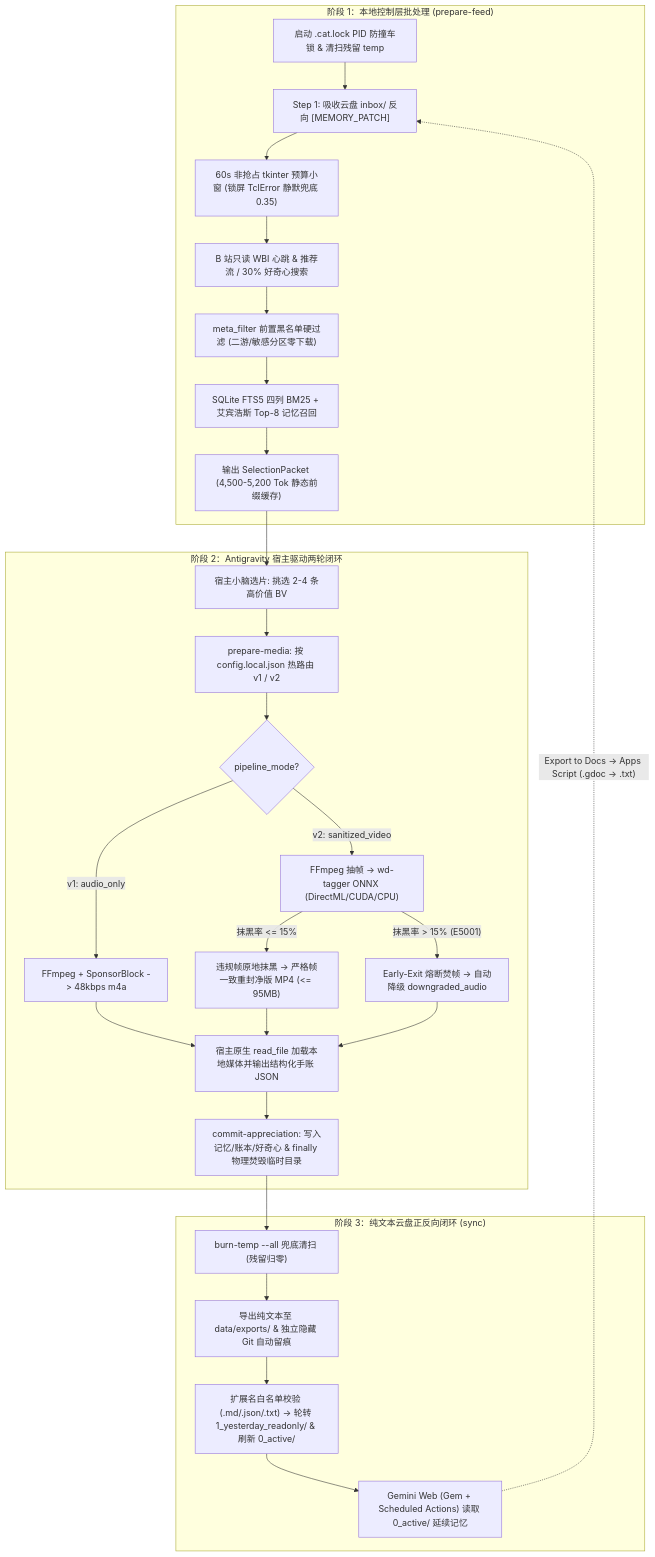
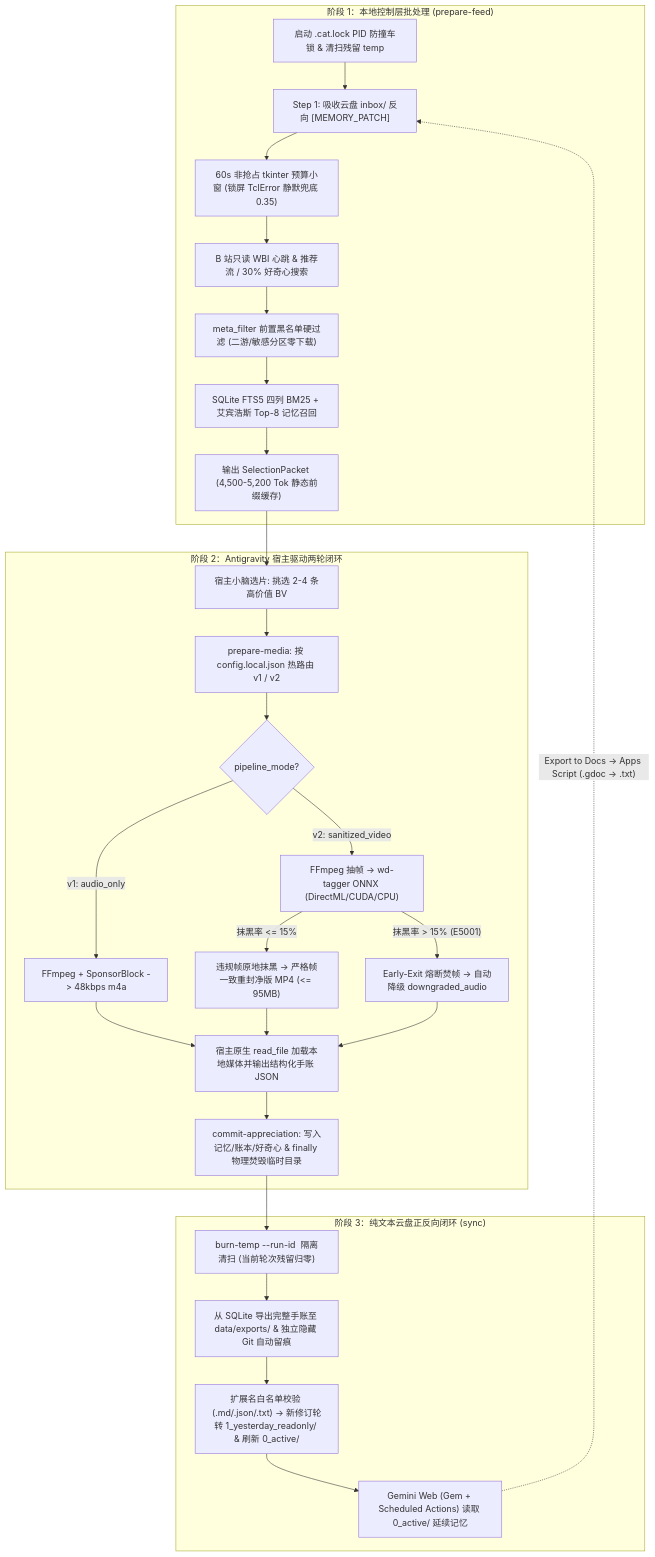
One commit to e-ter-nal/GeminiNest changed the diagram in README.md. Above: the diagram before and after it, drawn with Mermaid. The commit also changed other lines of this file and 16 other files, not shown here.

````diff
--- a/README.md
+++ b/README.md
@@ -72,33 +72,33 @@
 ```mermaid
 flowchart TD
     subgraph Step1["阶段 1：本地控制层批处理 (prepare-feed)"]
         A["启动 .cat.lock PID 防撞车锁 & 清扫残留 temp"] --> B["Step 1: 吸收云盘 inbox/ 反向 [MEMORY_PATCH]"]
         B --> C["60s 非抢占 tkinter 预算小窗 (锁屏 TclError 静默兜底 0.35)"]
         C --> D["B 站只读 WBI 心跳 & 推荐流 / 30% 好奇心搜索"]
         D --> E["meta_filter 前置黑名单硬过滤 (二游/敏感分区零下载)"]
         E --> F["SQLite FTS5 四列 BM25 + 艾宾浩斯 Top-8 记忆召回"]
         F --> G["输出 SelectionPacket (4,500-5,200 Tok 静态前缀缓存)"]
     end
 
     subgraph Step2["阶段 2：Antigravity 宿主驱动两轮闭环"]
         G --> H["宿主小脑选片: 挑选 2-4 条高价值 BV"]
         H --> I["prepare-media: 按 config.local.json 热路由 v1 / v2"]
         I --> J{"pipeline_mode?"}
         J -- "v1: audio_only" --> K["FFmpeg + SponsorBlock -> 48kbps m4a"]
         J -- "v2: sanitized_video" --> L["FFmpeg 抽帧 -> wd-tagger ONNX (DirectML/CUDA/CPU)"]
         L -- "抹黑率 <= 15%" --> M["违规帧原地抹黑 -> 严格帧一致重封净版 MP4 (<= 95MB)"]
         L -- "抹黑率 > 15% (E5001)" --> N["Early-Exit 熔断焚帧 -> 自动降级 downgraded_audio"]
         K --> O["宿主原生 read_file 加载本地媒体并输出结构化手账 JSON"]
         M --> O
         N --> O
         O --> P["commit-appreciation: 写入记忆/账本/好奇心 & finally 物理焚毁临时目录"]
     end
 
     subgraph Step3["阶段 3：纯文本云盘正反向闭环 (sync)"]
-        P --> Q["burn-temp --all 兜底清扫 (残留归零)"]
-        Q --> R["导出纯文本至 data/exports/ & 独立隐藏 Git 自动留痕"]
-        R --> S["扩展名白名单校验 (.md/.json/.txt) -> 轮转 1_yesterday_readonly/ & 刷新 0_active/"]
+        P --> Q["burn-temp --run-id <run_id> 隔离清扫 (当前轮次残留归零)"]
+        Q --> R["从 SQLite 导出完整手账至 data/exports/ & 独立隐藏 Git 自动留痕"]
+        R --> S["扩展名白名单校验 (.md/.json/.txt) -> 新修订轮转 1_yesterday_readonly/ & 刷新 0_active/"]
         S --> T["Gemini Web (Gem + Scheduled Actions) 读取 0_active/ 延续记忆"]
         T -. "Export to Docs -> Apps Script (.gdoc -> .txt)" .-> B
     end
 ```
````
